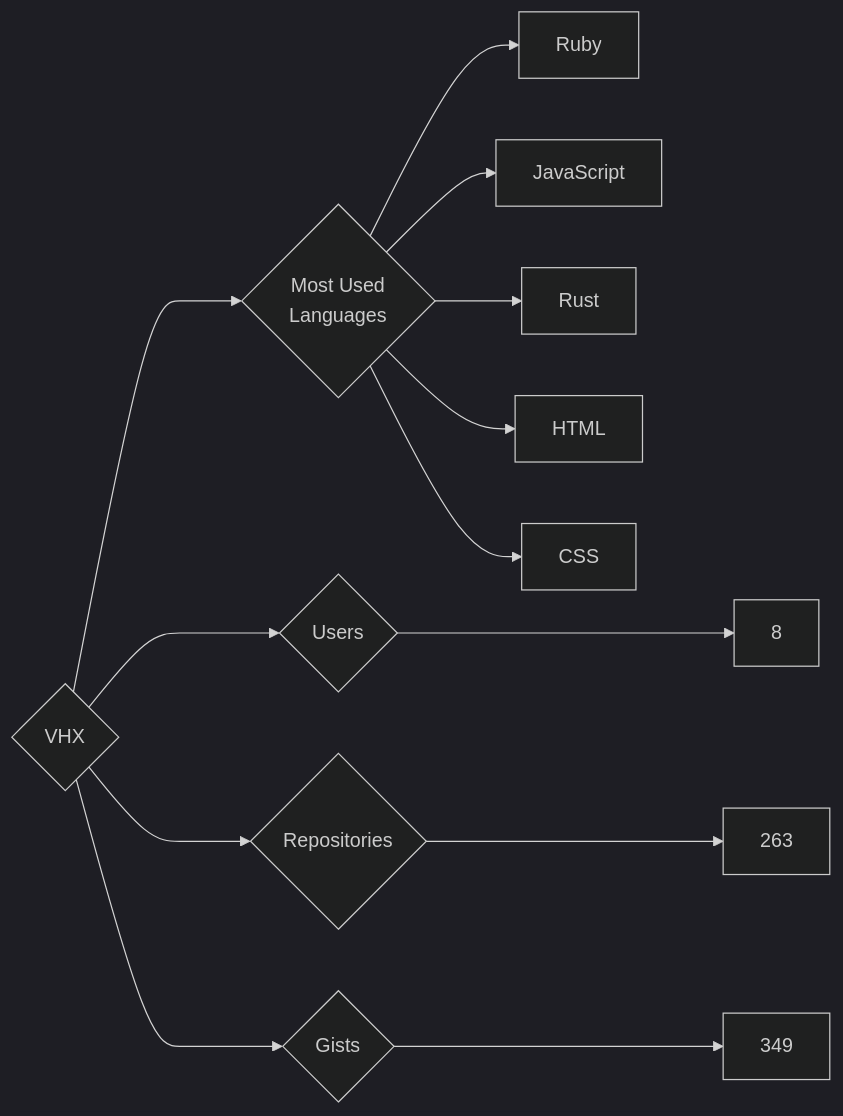
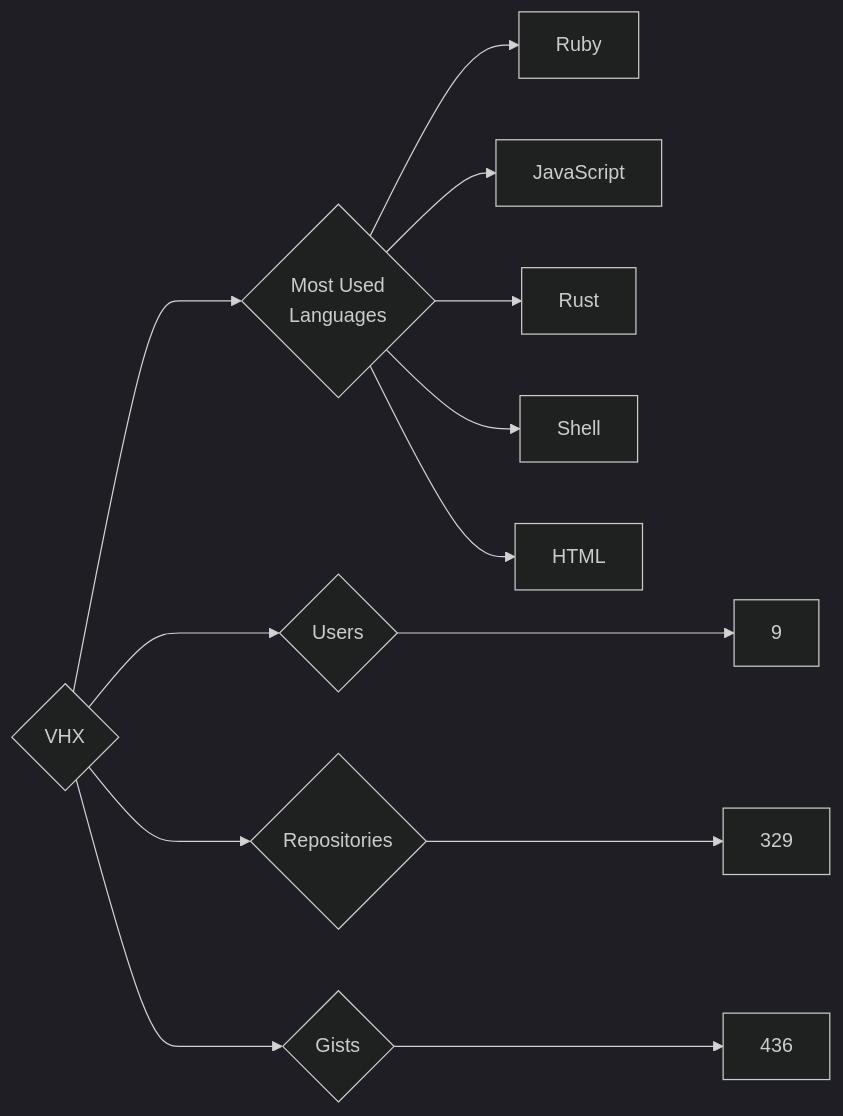
The diagram in targets/VHX/README.md (trickest/insiders), drawn with Mermaid (dark theme) before and after one commit. The commit also changed 886 other files, not shown here.

````diff
--- a/targets/VHX/README.md
+++ b/targets/VHX/README.md
@@ -3,13 +3,13 @@
 ```mermaid
 graph LR
 COMPANY_NAME{VHX}
-COMPANY_NAME ---> U{Users} ---> UN[8]
-COMPANY_NAME ---> R{Repositories} ---> RN[263]
-COMPANY_NAME ---> G{Gists} ---> GN[349]
+COMPANY_NAME ---> U{Users} ---> UN[9]
+COMPANY_NAME ---> R{Repositories} ---> RN[329]
+COMPANY_NAME ---> G{Gists} ---> GN[436]
 COMPANY_NAME ---> ML{Most Used<br>Languages}
 ML --> Ruby[Ruby]
 ML --> JavaScript[JavaScript]
 ML --> Rust[Rust]
+ML --> Shell[Shell]
 ML --> HTML[HTML]
-ML --> CSS[CSS]
 ```
````
